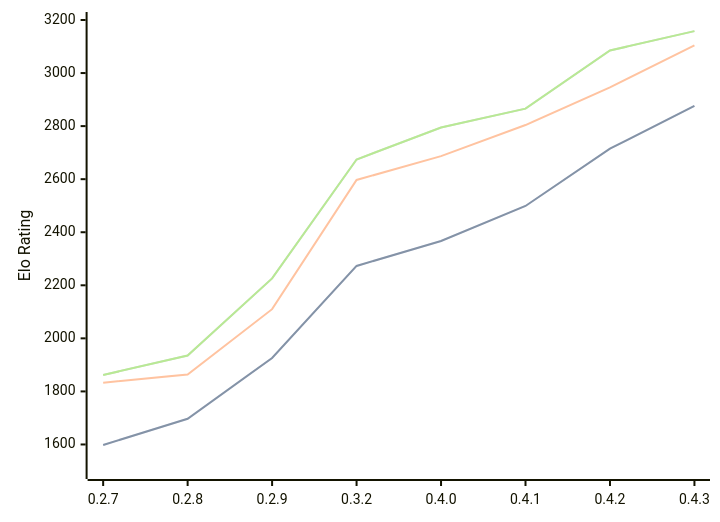
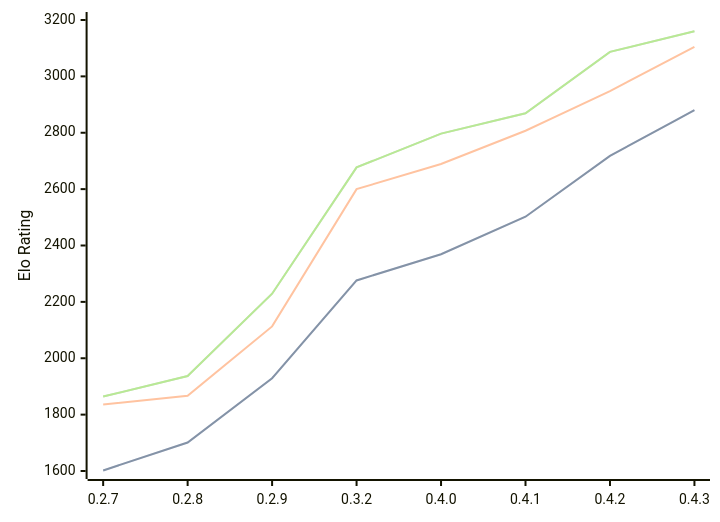
The diagram in engines/Dual.md (computer-chess-index/cci), drawn with Mermaid before and after one commit. The commit also changed other lines of this file, not shown here.

Commit message:
Update CCI Ratings (ELO VLTC) - 2026-09-24

````diff
--- a/engines/Dual.md
+++ b/engines/Dual.md
@@ -40,11 +40,11 @@
 ```mermaid
 %%{init: {"theme":"base","themeVariables":{"seriesColors:['#a3a3a3','#222221','#faa371']}}}%%
 xychart-beta
   x-axis ["0.2.7", "0.2.8", "0.2.9", "0.3.2", "0.4.0", "0.4.1", "0.4.2", "0.4.3"]
-  y-axis "Elo Rating" 1500 --> 3200
-  line "" [1598, 1697, 1926, 2273, 2367, 2499, 2715, 2876]
-  line "STC (8.0+0.08s)" [1598, 1697, 1926, 2273, 2367, 2499, 2715, 2876]
-  line "LTC (60.0+0.60s)" [1833, 1864, 2110, 2597, 2687, 2804, 2946, 3104]
-  line "" [1862, 1935, 2226, 2674, 2795, 2866, 3085, 3158]
-  line "VLTC (2m24s+1.12s)" [1862, 1935, 2226, 2674, 2795, 2866, 3085, 3158]
+  y-axis "Elo Rating" 1600 --> 3200
+  line "" [1602, 1701, 1929, 2276, 2369, 2502, 2718, 2880]
+  line "STC (8.0+0.08s)" [1602, 1701, 1929, 2276, 2369, 2502, 2718, 2880]
+  line "LTC (60.0+0.60s)" [1836, 1867, 2113, 2600, 2689, 2807, 2948, 3105]
+  line "" [1864, 1937, 2229, 2677, 2797, 2869, 3087, 3160]
+  line "VLTC (2m24s+1.12s)" [1864, 1937, 2229, 2677, 2797, 2869, 3087, 3160]
 ```
````
